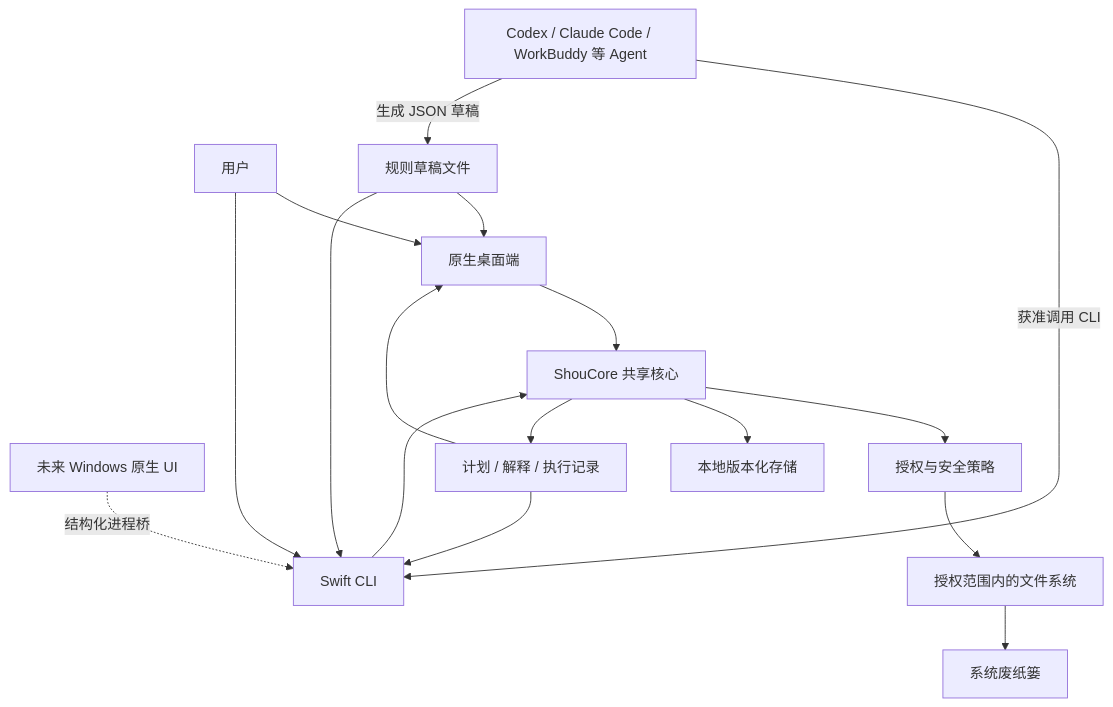
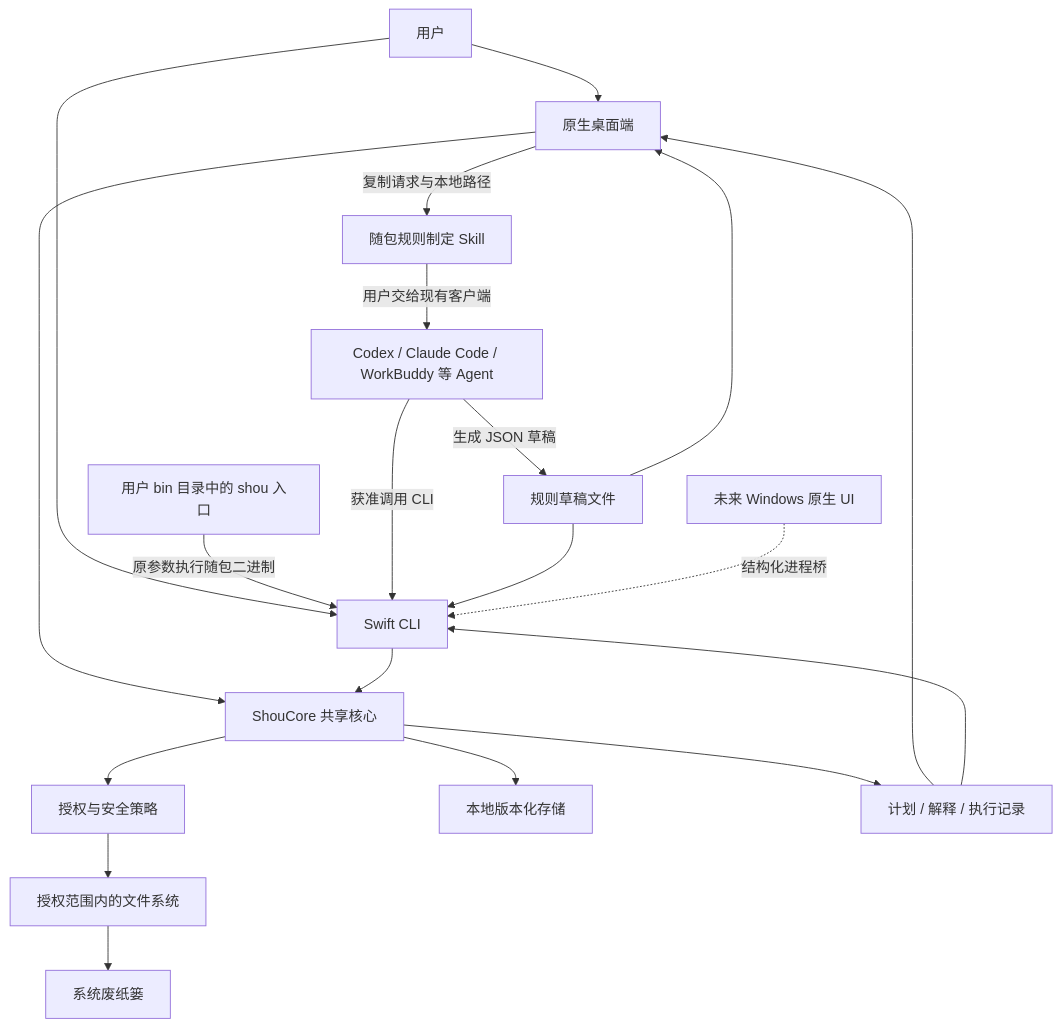
The first of 5 diagrams in docs/zh-CN/architecture/system-design.md (limecloud/shou), drawn with Mermaid before and after one commit. The commit also changed other lines of this file and 99 other files, not shown here.

````diff
--- a/docs/zh-CN/architecture/system-design.md
+++ b/docs/zh-CN/architecture/system-design.md
@@ -18,19 +20,22 @@
 ```mermaid
 flowchart TB
     User[用户] --> GUI[原生桌面端]
     User --> CLI[Swift CLI]
+    Terminal[用户 bin 目录中的 shou 入口] -->|原参数执行随包二进制| CLI
+    GUI -->|复制请求与本地路径| Skill[随包规则制定 Skill]
+    Skill -->|用户交给现有客户端| Agents
     Agents[Codex / Claude Code / WorkBuddy 等 Agent] -->|获准调用 CLI| CLI
     Agents -->|生成 JSON 草稿| Drafts[规则草稿文件]
     Drafts --> GUI
     Drafts --> CLI
     GUI --> Core[ShouCore 共享核心]
     CLI --> Core
     Windows[未来 Windows 原生 UI] -.结构化进程桥.-> CLI
     Core --> Policy[授权与安全策略]
     Core --> Store[本地版本化存储]
     Policy --> FS[授权范围内的文件系统]
     FS --> Trash[系统废纸篓]
     Core --> Results[计划 / 解释 / 执行记录]
     Results --> GUI
     Results --> CLI
 ```
````
